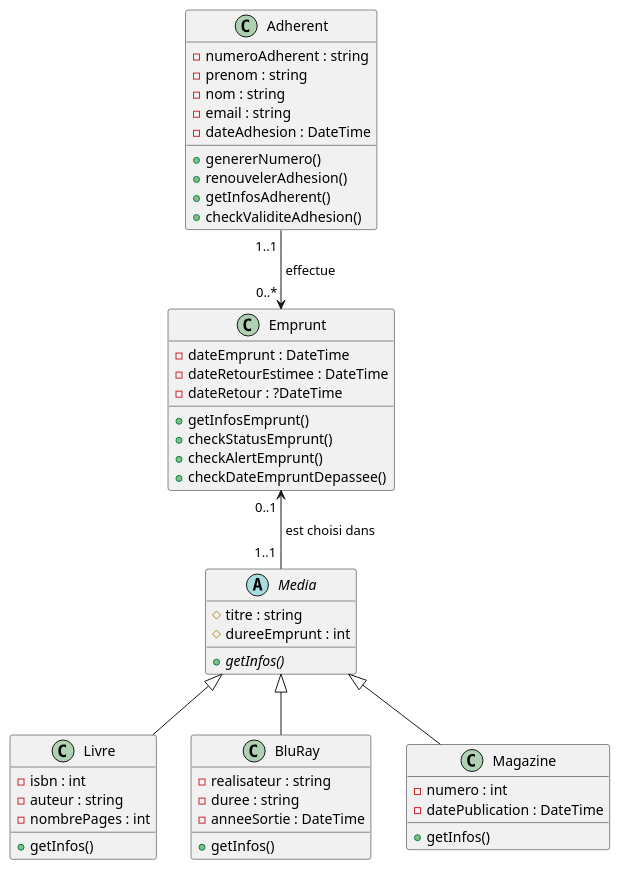
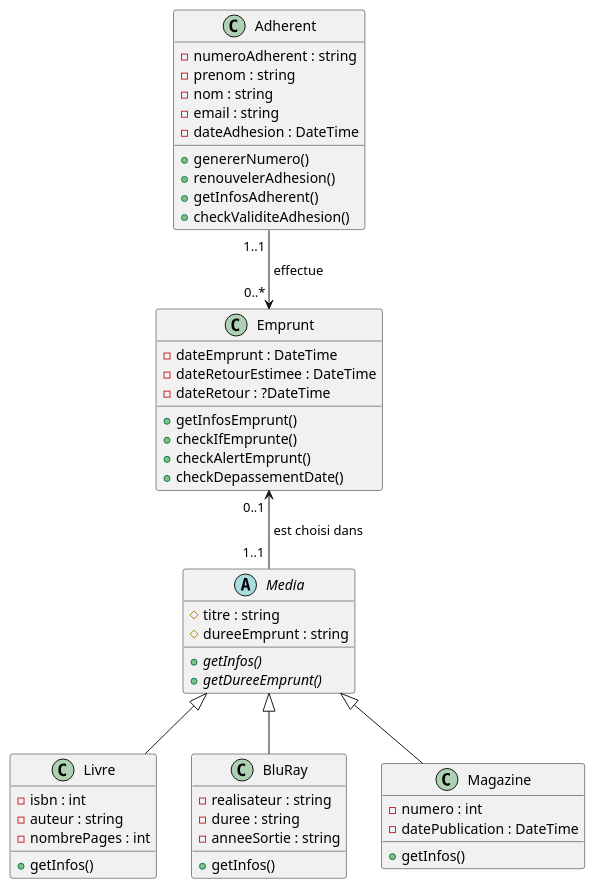
The diagram in documentation/Diagramme_de_classes.puml (nathanpierret/php-bibliotheque), drawn with PlantUML before and after one commit. The commit also changed 11 other files, not shown here.

```diff
--- a/documentation/Diagramme_de_classes.puml
+++ b/documentation/Diagramme_de_classes.puml
@@ -1,57 +1,58 @@
 @startuml
 'https://plantuml.com/class-diagram
 
 abstract class Media {
 #titre : string
-#dureeEmprunt : int
+#dureeEmprunt : string
 {abstract} +getInfos()
+{abstract} +getDureeEmprunt()
 }
 
 class Livre {
 -isbn : int
 -auteur : string
 -nombrePages : int
 +getInfos()
 }
 
 class BluRay {
 -realisateur : string
 -duree : string
--anneeSortie : DateTime
+-anneeSortie : string
 +getInfos()
 }
 
 class Magazine {
 -numero : int
 -datePublication : DateTime
 +getInfos()
 }
 
 class Adherent {
 -numeroAdherent : string
 -prenom : string
 -nom : string
 -email : string
 -dateAdhesion : DateTime
 +genererNumero()
 +renouvelerAdhesion()
 +getInfosAdherent()
 +checkValiditeAdhesion()
 }
 
 class Emprunt {
 -dateEmprunt : DateTime
 -dateRetourEstimee : DateTime
 -dateRetour : ?DateTime
 +getInfosEmprunt()
-+checkStatusEmprunt()
++checkIfEmprunte()
 +checkAlertEmprunt()
-+checkDateEmpruntDepassee()
++checkDepassementDate()
 }
 
 Media <|-- Livre
 Media <|-- Magazine
 Media <|-- BluRay
 Adherent "1..1 " --> "0..* " Emprunt : " effectue"
 Emprunt "0..1 " <-- "1..1 " Media : " est choisi dans"
 @enduml
```
